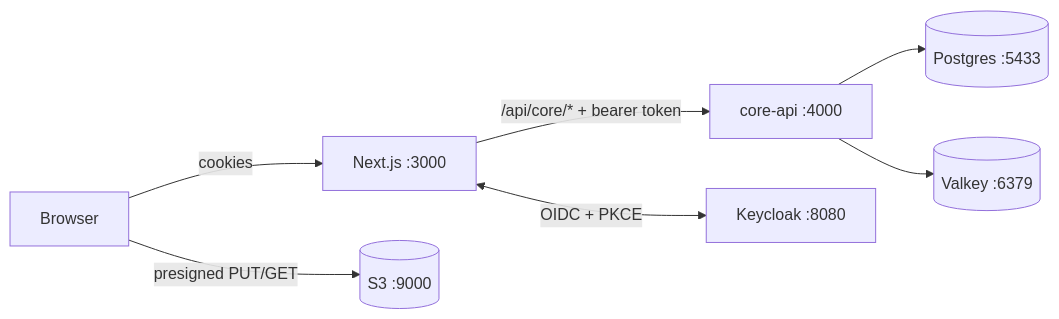
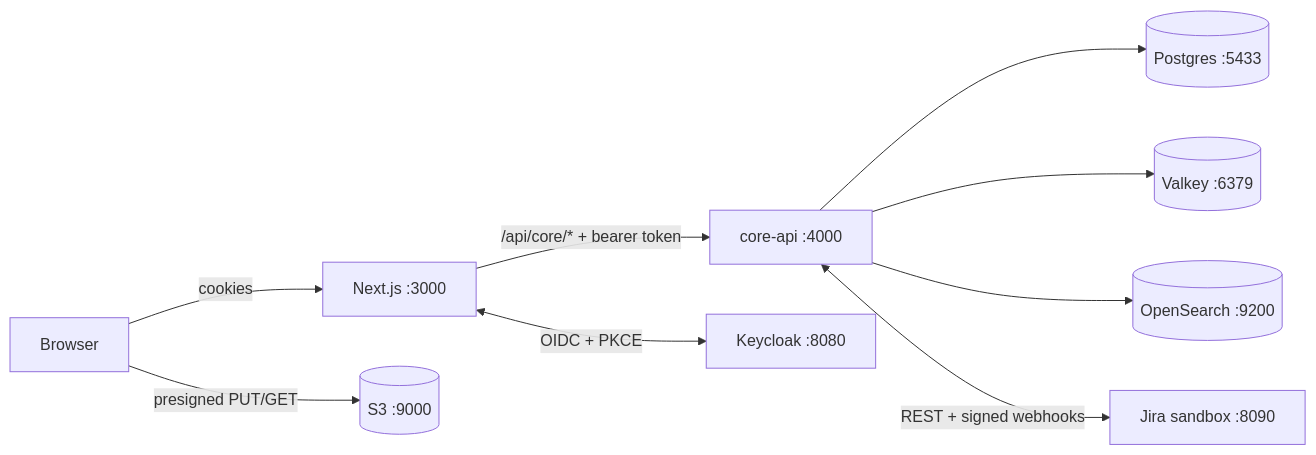
The diagram in README.md (Prathmesh2000/testbench), drawn with Mermaid before and after one commit. The commit also changed other lines of this file and 24 other files, not shown here.

First line of the commit message:
Add Search and Defects screens and Jira bug logging in Execute

````diff
--- a/README.md
+++ b/README.md
@@ -22,9 +27,11 @@
 ```mermaid
 flowchart LR
   B[Browser] -->|cookies| W[Next.js :3000]
   W -->|/api/core/* + bearer token| A[core-api :4000]
   W <-->|OIDC + PKCE| K[Keycloak :8080]
   A --> P[(Postgres :5433)]
   A --> V[(Valkey :6379)]
+  A --> O[(OpenSearch :9200)]
+  A <-->|REST + signed webhooks| J[Jira sandbox :8090]
   B -->|presigned PUT/GET| S[(S3 :9000)]
 ```
````
